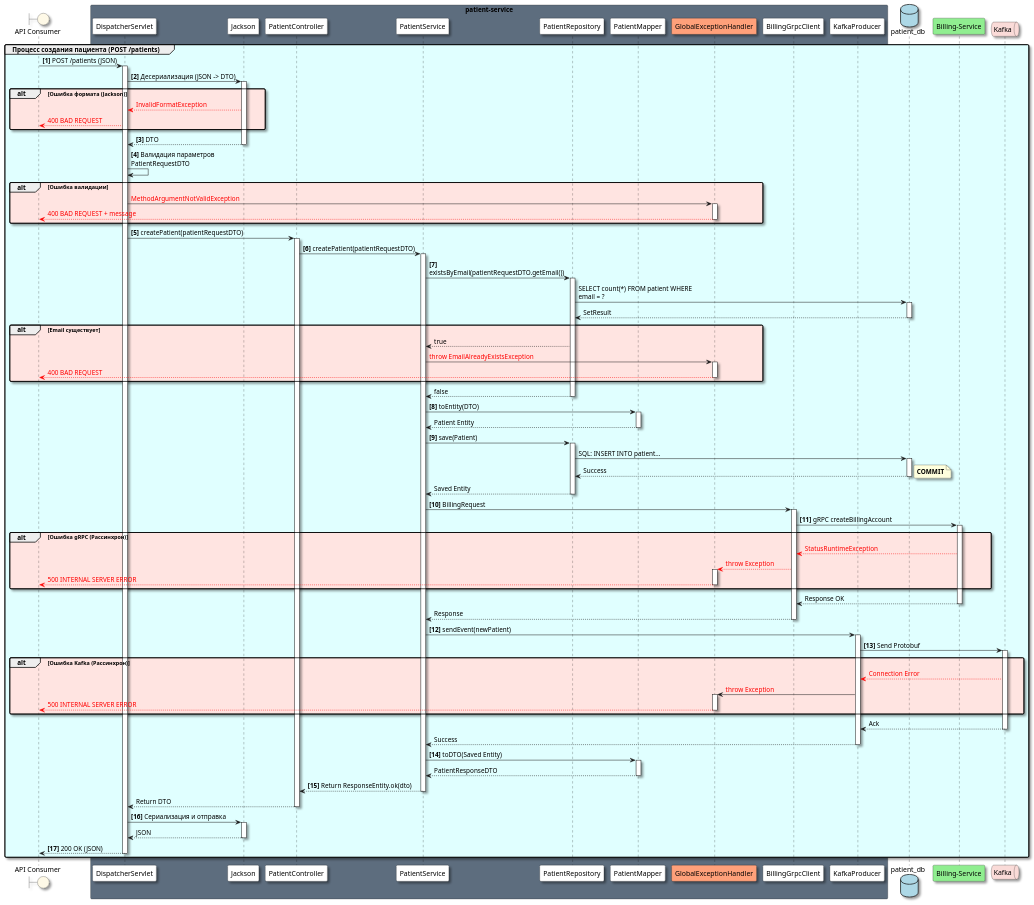
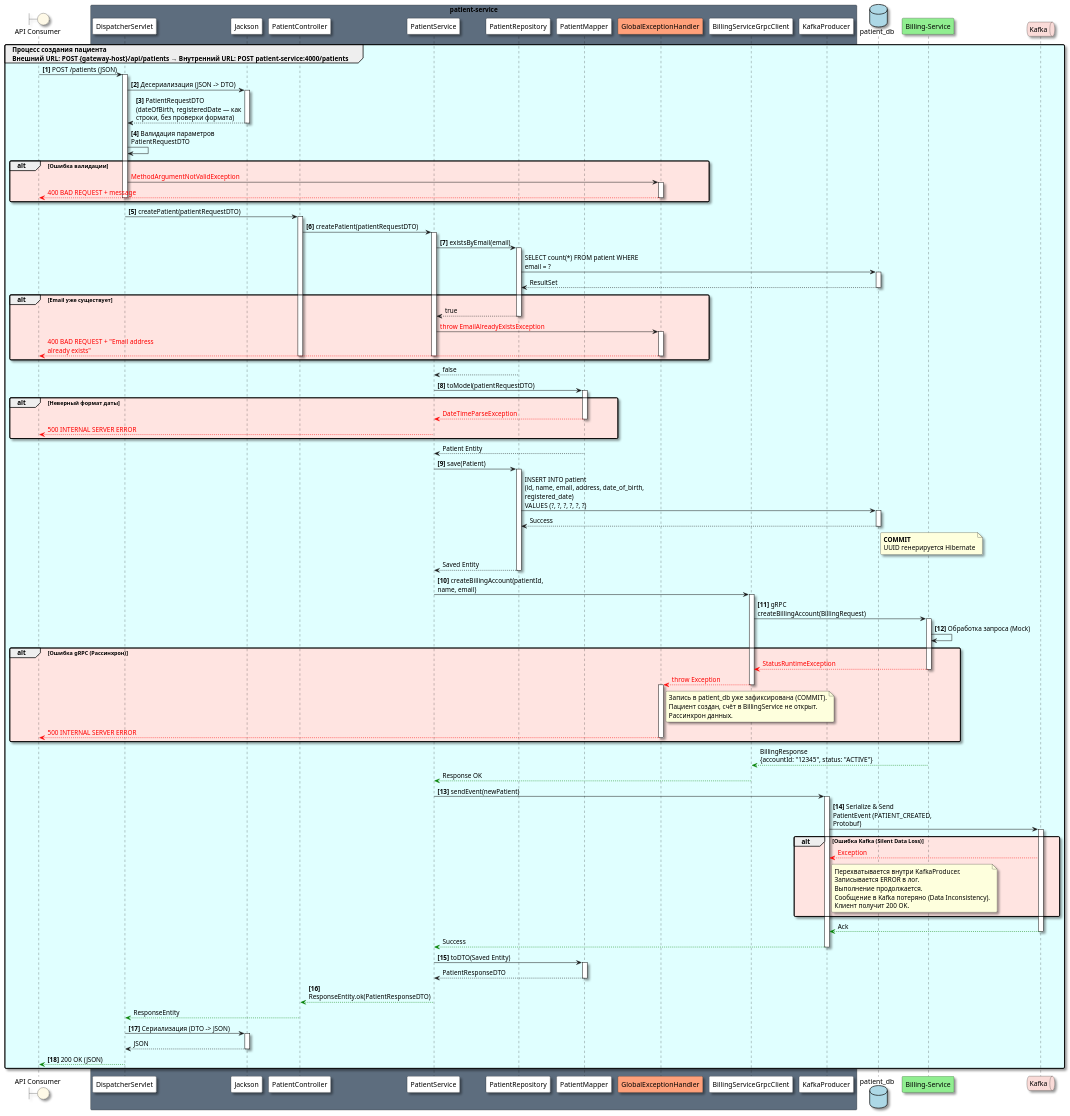
Before and after one commit to ni1a207/Healthcare-System: the diagram in Docs/As-is/Diagrams/POST.patients.puml, drawn with PlantUML. The commit also changed 14 other files, not shown here.

```diff
--- a/Docs/As-is/Diagrams/POST.patients.puml
+++ b/Docs/As-is/Diagrams/POST.patients.puml
@@ -1,135 +1,148 @@
 @startuml
 skinparam Shadowing true
 skinparam RoundCorner 5
 skinparam MaxMessageSize 250
 
 boundary "API Consumer" as AC #FEF9E7
 
 box "patient-service" #5D6D7E
     participant "DispatcherServlet" as DS #White
     participant "Jackson" as Jackson #White
     participant "PatientController" as Ctrl #White
     participant "PatientService" as Service #White
     participant "PatientRepository" as Repo #White
     participant "PatientMapper" as Mapper #White
     participant "GlobalExceptionHandler" as GEH #LightSalmon
-    participant "BillingGrpcClient" as Grpc #White
+    participant "BillingServiceGrpcClient" as Grpc #White
     participant "KafkaProducer" as Kafka #White
 end box
 
 database "patient_db" as DB #LightBlue
 participant "Billing-Service" as BS #LightGreen
 queue "Kafka" as KF #FADBD8
 
-group #LightCyan Процесс создания пациента (POST /patients)
+group #LightCyan Процесс создания пациента\nВнешний URL: POST {gateway-host}/api/patients → Внутренний URL: POST patient-service:4000/patients
+
     AC -> DS: **[1]** POST /patients (JSON)
     activate DS
 
     DS -> Jackson: **[2]** Десериализация (JSON -> DTO)
     activate Jackson
-    alt #MistyRose Ошибка формата (Jackson)
-        Jackson --[#red]> DS: <color:#red>InvalidFormatException</color>
-        DS --[#red]> AC: <color:#red>400 BAD REQUEST</color>
-    end
-    Jackson --> DS: **[3]** DTO
+    Jackson --> DS: **[3]** PatientRequestDTO\n(dateOfBirth, registeredDate — как строки, без проверки формата)
     deactivate Jackson
 
     DS -> DS: **[4]** Валидация параметров PatientRequestDTO
     alt #MistyRose Ошибка валидации
         DS -> GEH: <color:#red>MethodArgumentNotValidException</color>
         activate GEH
         GEH --[#red]> AC: <color:#red>400 BAD REQUEST + message</color>
         deactivate GEH
+        deactivate DS
     end
 
     DS -> Ctrl: **[5]** createPatient(patientRequestDTO)
     activate Ctrl
 
     Ctrl -> Service: **[6]** createPatient(patientRequestDTO)
     activate Service
 
-    Service -> Repo: **[7]** existsByEmail(patientRequestDTO.getEmail())
+    Service -> Repo: **[7]** existsByEmail(email)
     activate Repo
     Repo -> DB: SELECT count(*) FROM patient WHERE email = ?
     activate DB
-    DB --> Repo: SetResult
+    DB --> Repo: ResultSet
     deactivate DB
 
-    alt #MistyRose Email существует
+    alt #MistyRose Email уже существует
         Repo --> Service: true
+        deactivate Repo
         Service -> GEH: <color:#red>throw EmailAlreadyExistsException</color>
         activate GEH
-        GEH --[#red]> AC: <color:#red>400 BAD REQUEST</color>
+        GEH --[#red]> AC: <color:#red>400 BAD REQUEST + "Email address already exists"</color>
         deactivate GEH
+        deactivate Service
+        deactivate Ctrl
+        deactivate DS
     end
     Repo --> Service: false
     deactivate Repo
 
-    Service -> Mapper: **[8]** toEntity(DTO)
+    Service -> Mapper: **[8]** toModel(patientRequestDTO)
     activate Mapper
+    alt #MistyRose Неверный формат даты
+        Mapper --[#red]> Service: <color:#red>DateTimeParseException</color>
+        deactivate Mapper
+        Service --[#red]> AC: <color:#red>500 INTERNAL SERVER ERROR</color>
+        deactivate Service
+        deactivate Ctrl
+        deactivate DS
+    end
     Mapper --> Service: Patient Entity
     deactivate Mapper
 
     Service -> Repo: **[9]** save(Patient)
     activate Repo
-    Repo -> DB: SQL: INSERT INTO patient...
+    Repo -> DB: INSERT INTO patient\n(id, name, email, address, date_of_birth, registered_date)\nVALUES (?, ?, ?, ?, ?, ?)
     activate DB
     DB --> Repo: Success
     deactivate DB
-    note right: **COMMIT**
+    note right of DB: **COMMIT**\nUUID генерируется Hibernate
     Repo --> Service: Saved Entity
     deactivate Repo
 
-    Service -> Grpc: **[10]** BillingRequest
+    Service -> Grpc: **[10]** createBillingAccount(patientId, name, email)
     activate Grpc
-    Grpc -> BS: **[11]** gRPC createBillingAccount
+    Grpc -> BS: **[11]** gRPC createBillingAccount(BillingRequest)
     activate BS
+    BS -> BS: **[12]** Обработка запроса (Mock)
     alt #MistyRose Ошибка gRPC (Рассинхрон)
         BS --[#red]> Grpc: <color:#red>StatusRuntimeException</color>
+        deactivate BS
         Grpc --[#red]> GEH: <color:#red>throw Exception</color>
+        deactivate Grpc
         activate GEH
+        note right of GEH: Запись в patient_db уже зафиксирована (COMMIT).\nПациент создан, счёт в BillingService не открыт.\nРассинхрон данных.
         GEH --[#red]> AC: <color:#red>500 INTERNAL SERVER ERROR</color>
         deactivate GEH
+        deactivate Service
+        deactivate Ctrl
+        deactivate DS
     end
-    BS --> Grpc: Response OK
-        deactivate BS
-
-    Grpc --> Service: Response
+    BS --[#green]> Grpc: BillingResponse\n{accountId: "12345", status: "ACTIVE"}
+    deactivate BS
+    Grpc --[#green]> Service: Response OK
     deactivate Grpc
 
-    Service -> Kafka: **[12]** sendEvent(newPatient)
+    Service -> Kafka: **[13]** sendEvent(newPatient)
     activate Kafka
-    Kafka -> KF: **[13]** Send Protobuf
+    Kafka -> KF: **[14]** Serialize & Send\nPatientEvent (PATIENT_CREATED, Protobuf)
     activate KF
-    alt #MistyRose Ошибка Kafka (Рассинхрон)
-        KF --[#red]> Kafka: <color:#red>Connection Error</color>
-        Kafka -> GEH: <color:#red>throw Exception</color>
-        activate GEH
-        GEH --[#red]> AC: <color:#red>500 INTERNAL SERVER ERROR</color>
-        deactivate GEH
+    alt #MistyRose Ошибка Kafka (Silent Data Loss)
+        KF --[#red]> Kafka: <color:#red>Exception</color>
+        note right of Kafka: Перехватывается внутри KafkaProducer.\nЗаписывается ERROR в лог.\nВыполнение продолжается.\nСообщение в Kafka потеряно (Data Inconsistency).\nКлиент получит 200 OK.
     end
-    KF --> Kafka: Ack
+    KF --[#green]> Kafka: Ack
     deactivate KF
-    Kafka --> Service: Success
+    Kafka --[#green]> Service: Success
     deactivate Kafka
 
-    Service -> Mapper: **[14]** toDTO(Saved Entity)
+    Service -> Mapper: **[15]** toDTO(Saved Entity)
     activate Mapper
     Mapper --> Service: PatientResponseDTO
     deactivate Mapper
 
-    Service --> Ctrl: **[15]** Return ResponseEntity.ok(dto)
+    Service --[#green]> Ctrl: **[16]** ResponseEntity.ok(PatientResponseDTO)
     deactivate Service
 
-    Ctrl --> DS: Return DTO
+    Ctrl --[#green]> DS: ResponseEntity
     deactivate Ctrl
 
-    DS -> Jackson: **[16]** Сериализация и отправка
+    DS -> Jackson: **[17]** Сериализация (DTO -> JSON)
     activate Jackson
     Jackson --> DS: JSON
     deactivate Jackson
 
-    DS --> AC: **[17]** 200 OK (JSON)
+    DS --[#green]> AC: **[18]** 200 OK (JSON)
     deactivate DS
 end
 @enduml
```
